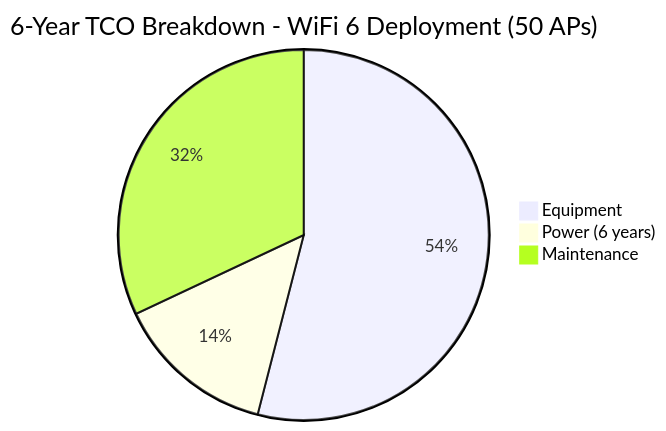
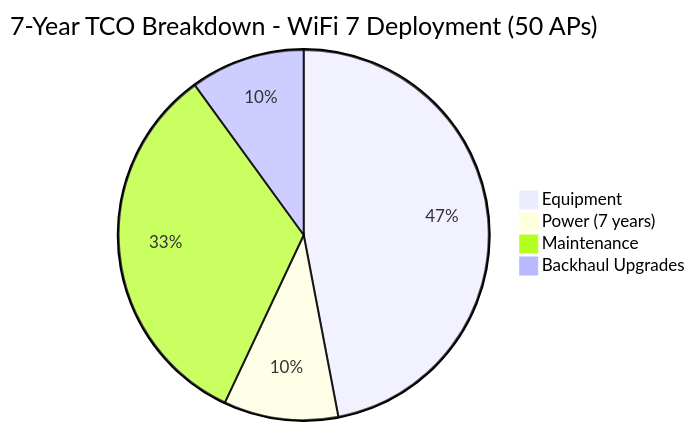
Before and after one commit to NewOrleansITI/networkstandards: the third of 7 diagrams in docs/wifi/access-point-specs.md, drawn with Mermaid. The commit also changed other lines of this file, not shown here.

````diff
--- a/docs/wifi/access-point-specs.md
+++ b/docs/wifi/access-point-specs.md
@@ -150,6 +187,7 @@
 ```mermaid
-pie title 6-Year TCO Breakdown - WiFi 6 Deployment (50 APs)
-    "Equipment" : 54
-    "Power (6 years)" : 14
-    "Maintenance" : 32
+pie title 7-Year TCO Breakdown - WiFi 7 Deployment (50 APs)
+    "Equipment" : 47
+    "Power (7 years)" : 10
+    "Maintenance" : 33
+    "Backhaul Upgrades" : 10
 ```
````
